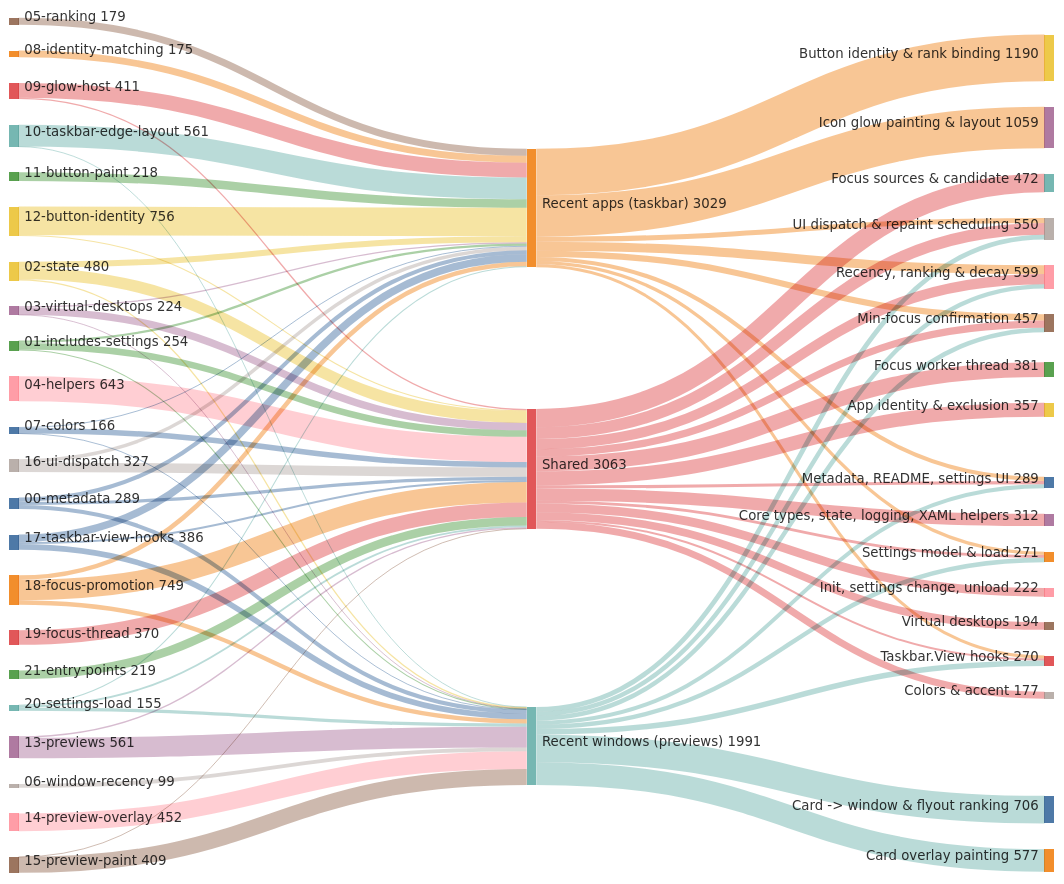
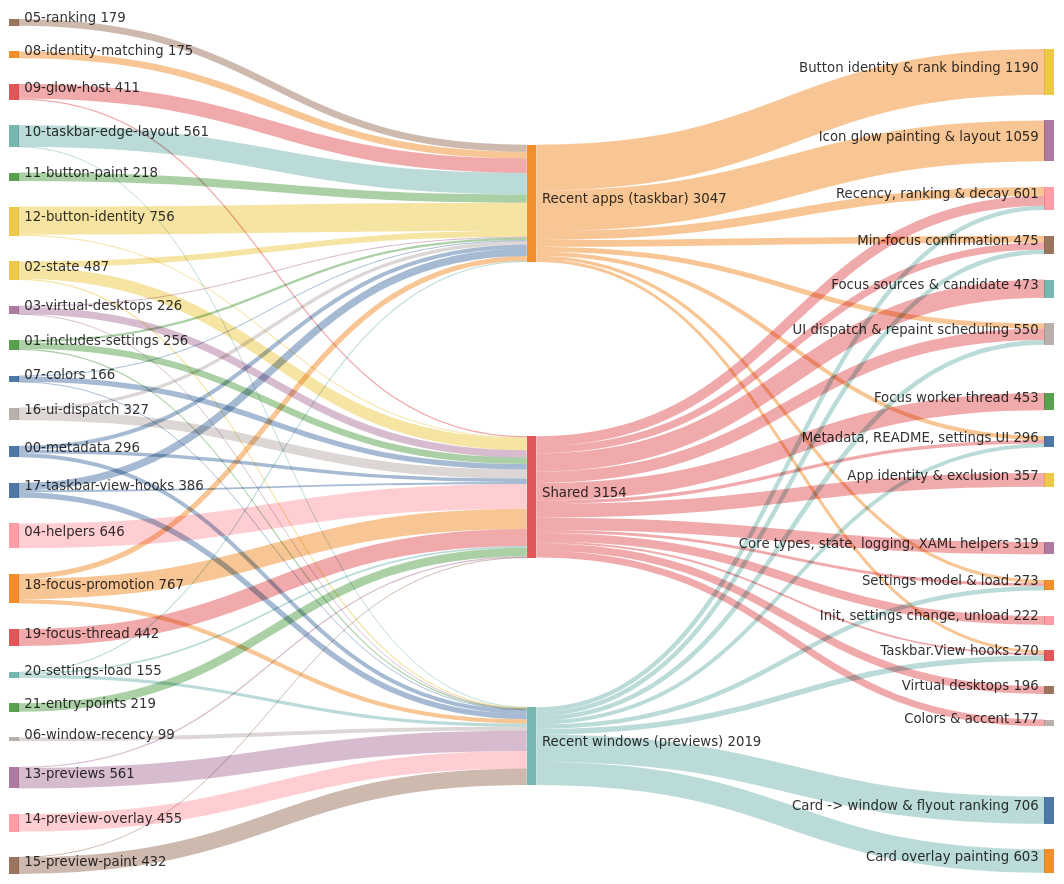
The second of 5 diagrams in doc/code/code-breakdown.md (jvlasek/taskbar-recent-focus-highlight), drawn with Mermaid before and after one commit. The commit also changed other lines of this file and 10 other files, not shown here.

````diff
--- a/doc/code/code-breakdown.md
+++ b/doc/code/code-breakdown.md
@@ -38,18 +38,18 @@
 ---
 sankey-beta
 00-metadata,"Recent apps (taskbar)",105
-00-metadata,"Shared",81
+00-metadata,"Shared",88
 00-metadata,"Recent windows (previews)",103
 01-includes-settings,"Recent apps (taskbar)",59
 01-includes-settings,"Shared",169
-01-includes-settings,"Recent windows (previews)",26
+01-includes-settings,"Recent windows (previews)",28
 02-state,"Recent apps (taskbar)",150
-02-state,"Shared",299
+02-state,"Shared",306
 02-state,"Recent windows (previews)",31
 03-virtual-desktops,"Recent apps (taskbar)",31
-03-virtual-desktops,"Shared",188
+03-virtual-desktops,"Shared",190
 03-virtual-desktops,"Recent windows (previews)",5
-04-helpers,"Shared",643
+04-helpers,"Shared",646
 05-ranking,"Recent apps (taskbar)",179
 06-window-recency,"Recent windows (previews)",99
 07-colors,"Recent apps (taskbar)",25
@@ -65,18 +65,18 @@
 12-button-identity,"Shared",26
 13-previews,"Shared",33
 13-previews,"Recent windows (previews)",528
-14-preview-overlay,"Recent windows (previews)",452
+14-preview-overlay,"Recent windows (previews)",455
 15-preview-paint,"Shared",4
-15-preview-paint,"Recent windows (previews)",405
+15-preview-paint,"Recent windows (previews)",428
 16-ui-dispatch,"Recent apps (taskbar)",87
 16-ui-dispatch,"Shared",240
 17-taskbar-view-hooks,"Recent apps (taskbar)",193
 17-taskbar-view-hooks,"Shared",50
 17-taskbar-view-hooks,"Recent windows (previews)",143
-18-focus-promotion,"Recent apps (taskbar)",116
+18-focus-promotion,"Recent apps (taskbar)",134
 18-focus-promotion,"Shared",523
 18-focus-promotion,"Recent windows (previews)",110
-19-focus-thread,"Shared",370
+19-focus-thread,"Shared",442
 20-settings-load,"Recent apps (taskbar)",26
 20-settings-load,"Shared",46
 20-settings-load,"Recent windows (previews)",83
@@ -84,30 +84,30 @@
 "Recent apps (taskbar)","Button identity & rank binding",1190
 "Recent apps (taskbar)","Icon glow painting & layout",1059
 "Recent apps (taskbar)","Recency, ranking & decay",227
-"Recent apps (taskbar)","Min-focus confirmation",157
+"Recent apps (taskbar)","Min-focus confirmation",175
 "Recent apps (taskbar)","UI dispatch & repaint scheduling",129
 "Recent apps (taskbar)","Metadata, README, settings UI",105
 "Recent apps (taskbar)","Settings model & load",85
 "Recent apps (taskbar)","Taskbar.View hooks",77
-"Shared","Focus sources & candidate",472
-"Shared","Focus worker thread",381
+"Shared","Focus sources & candidate",473
+"Shared","Focus worker thread",453
 "Shared","App identity & exclusion",357
-"Shared","Core types, state, logging, XAML helpers",312
+"Shared","Core types, state, logging, XAML helpers",319
 "Shared","UI dispatch & repaint scheduling",300
-"Shared","Recency, ranking & decay",259
+"Shared","Recency, ranking & decay",261
 "Shared","Init, settings change, unload",222
-"Shared","Virtual desktops",194
+"Shared","Virtual desktops",196
 "Shared","Min-focus confirmation",185
 "Shared","Colors & accent",177
-"Shared","Metadata, README, settings UI",81
+"Shared","Metadata, README, settings UI",88
 "Shared","Settings model & load",73
 "Shared","Taskbar.View hooks",50
 "Recent windows (previews)","Card -> window & flyout ranking",706
-"Recent windows (previews)","Card overlay painting",577
+"Recent windows (previews)","Card overlay painting",603
 "Recent windows (previews)","Taskbar.View hooks",143
 "Recent windows (previews)","UI dispatch & repaint scheduling",121
 "Recent windows (previews)","Min-focus confirmation",115
+"Recent windows (previews)","Settings model & load",115
 "Recent windows (previews)","Recency, ranking & decay",113
-"Recent windows (previews)","Settings model & load",113
 "Recent windows (previews)","Metadata, README, settings UI",103
 ```
````
